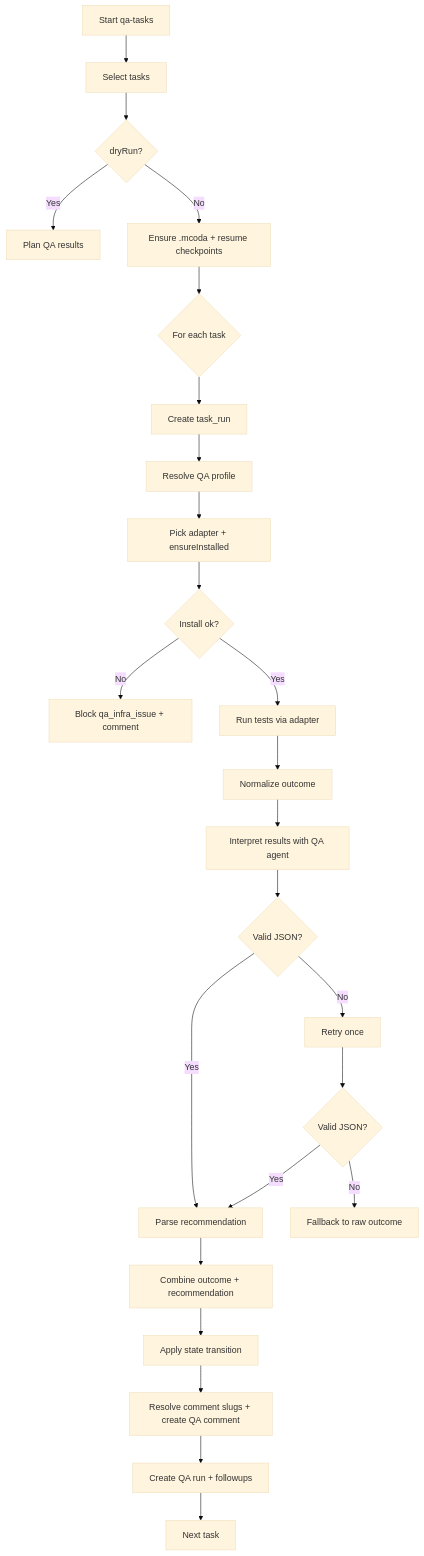
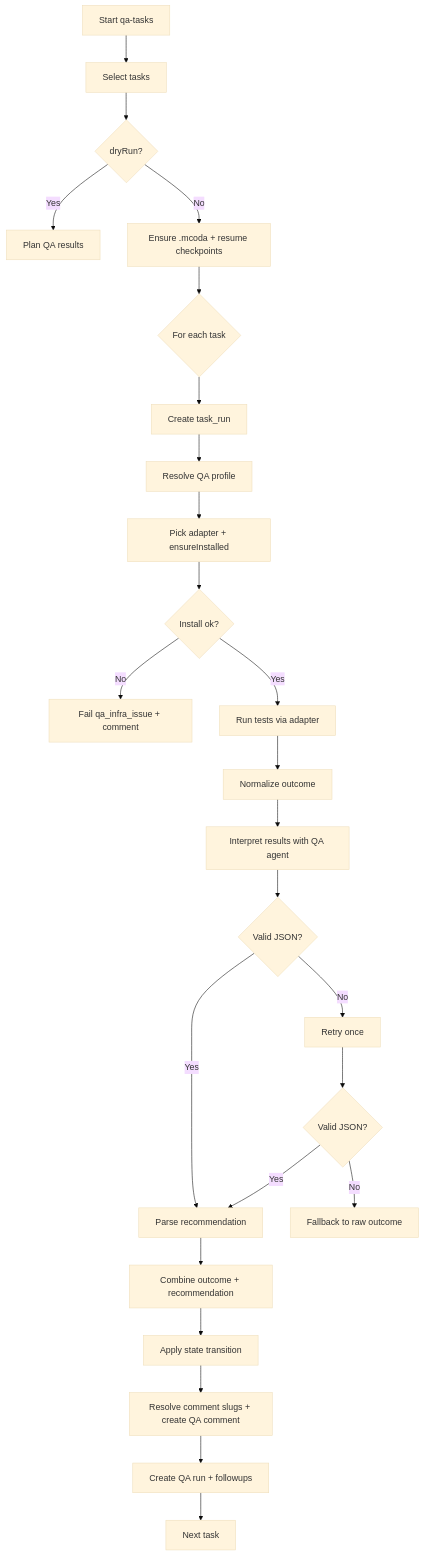
Before and after one commit to bekirdag/mcoda: the diagram in docs/qa-workflow.md, drawn with Mermaid (base theme). The commit also changed other lines of this file and 68 other files, not shown here.

````diff
--- a/docs/qa-workflow.md
+++ b/docs/qa-workflow.md
@@ -103,27 +103,27 @@
 ```mermaid
 flowchart TD
   A[Start qa-tasks] --> B[Select tasks]
   B --> C{dryRun?}
   C -->|Yes| C1[Plan QA results]
   C -->|No| D[Ensure .mcoda + resume checkpoints]
   D --> E{For each task}
   E --> F[Create task_run]
   F --> G[Resolve QA profile]
   G --> H[Pick adapter + ensureInstalled]
   H --> I{Install ok?}
-  I -->|No| I1[Block qa_infra_issue + comment]
+  I -->|No| I1[Fail qa_infra_issue + comment]
   I -->|Yes| J[Run tests via adapter]
   J --> K[Normalize outcome]
   K --> L[Interpret results with QA agent]
   L --> M{Valid JSON?}
   M -->|No| M1[Retry once]
   M1 --> N{Valid JSON?}
   M -->|Yes| O[Parse recommendation]
   N -->|No| N1[Fallback to raw outcome]
   N -->|Yes| O
   O --> P[Combine outcome + recommendation]
   P --> Q[Apply state transition]
   Q --> R[Resolve comment slugs + create QA comment]
   R --> S[Create QA run + followups]
   S --> T[Next task]
 ```
````
